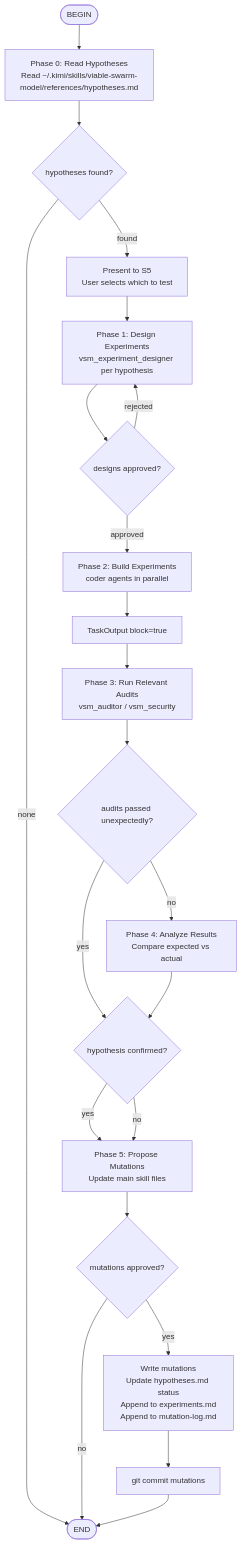
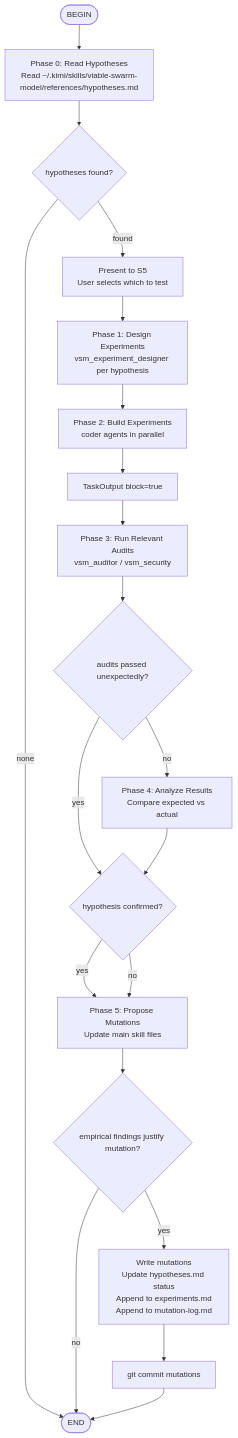
Before and after one commit to michael-wojcik/viable-swarm-model: the diagram in vsm-fitness-gym/SKILL.md, drawn with Mermaid. The commit also changed 2 other files, not shown here.

Commit message:
refactor: remove spurious approval gates from flow diagrams
- Gym: remove P1R experiment-design approval (inconsistent with text,
  adds friction where user intent is already clear from hypothesis
  selection in Phase 0)
- Main skill: reword P8A from 'mutations approved' to 'empirical
  findings justify mutation' — makes autonomous criteria explicit
- Coach: reword P4A from 'mutations approved' to 'scoring justifies
  mutation' — matches deterministic rubric criteria

Principle: only AskUserQuestion when genuinely unclear. All three
mutation decision points have explicit deterministic criteria in
their phase-detail text. The model decides autonomously; the user
opted into self-modification by invoking these skills.

````diff
--- a/vsm-fitness-gym/SKILL.md
+++ b/vsm-fitness-gym/SKILL.md
@@ -80,42 +80,39 @@
 ```mermaid
 flowchart TD
     BEGIN([BEGIN])
     P0[Phase 0: Read Hypotheses<br/>Read ~/.kimi/skills/viable-swarm-model/references/hypotheses.md]
     P0S{<choice>hypotheses found</choice>?}
     P0P[Present to S5<br/>User selects which to test]
     P1[Phase 1: Design Experiments<br/>vsm_experiment_designer per hypothesis]
-    P1R{<choice>designs approved</choice>?}
     P2[Phase 2: Build Experiments<br/>coder agents in parallel]
     P2S[TaskOutput block=true]
     P3[Phase 3: Run Relevant Audits<br/>vsm_auditor / vsm_security]
     P3D{<choice>audits passed unexpectedly</choice>?}
     P4[Phase 4: Analyze Results<br/>Compare expected vs actual]
     P4C{<choice>hypothesis confirmed</choice>?}
     P5[Phase 5: Propose Mutations<br/>Update main skill files]
-    P5A{<choice>mutations approved</choice>?}
+    P5A{<choice>empirical findings justify mutation</choice>?}
     P5W[Write mutations<br/>Update hypotheses.md status<br/>Append to experiments.md<br/>Append to mutation-log.md]
     P5G[git commit mutations]
     END([END])
 
     BEGIN --> P0
     P0 --> P0S
     P0S -->|<choice>none</choice>| END
     P0S -->|<choice>found</choice>| P0P
     P0P --> P1
-    P1 --> P1R
-    P1R -->|<choice>rejected</choice>| P1
-    P1R -->|<choice>approved</choice>| P2
+    P1 --> P2
     P2 --> P2S
     P2S --> P3
     P3 --> P3D
     P3D -->|<choice>yes</choice>| P4C
     P3D -->|<choice>no</choice>| P4
     P4 --> P4C
     P4C -->|<choice>yes</choice>| P5
     P4C -->|<choice>no</choice>| P5
     P5 --> P5A
     P5A -->|<choice>yes</choice>| P5W
     P5A -->|<choice>no</choice>| END
     P5W --> P5G
     P5G --> END
 ```
````
